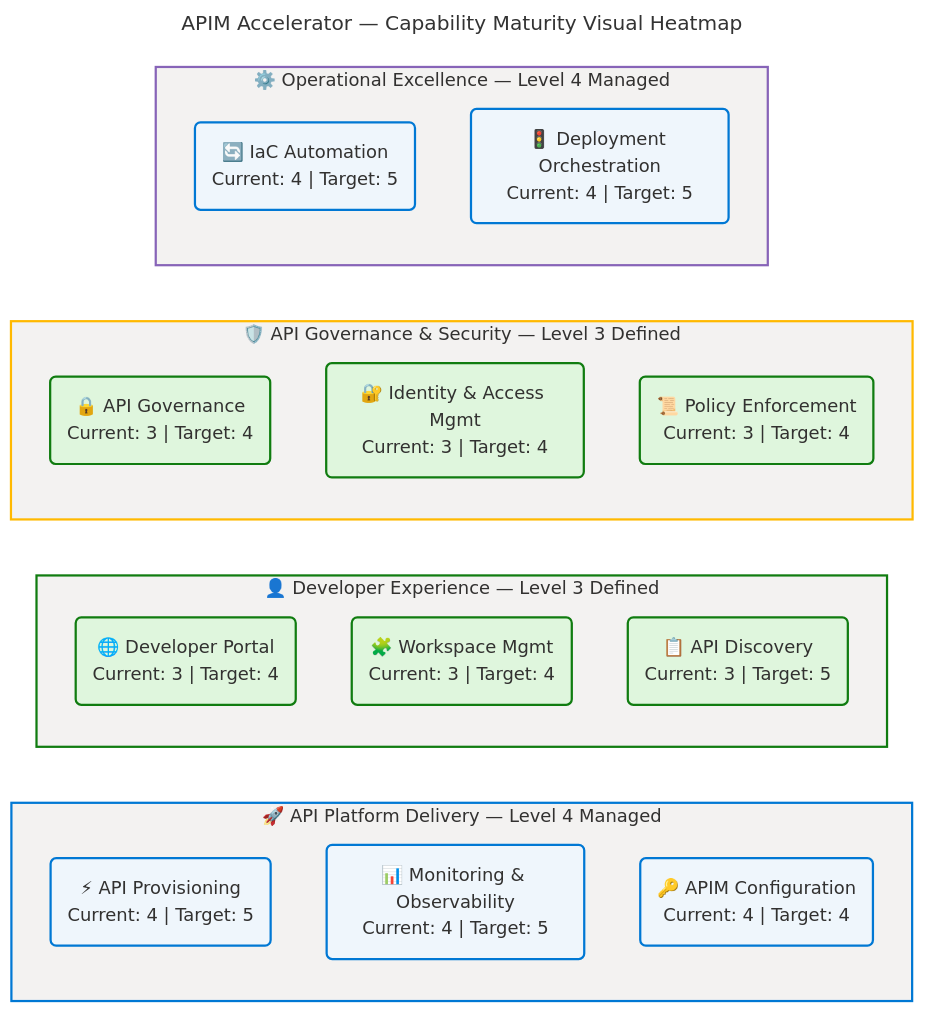
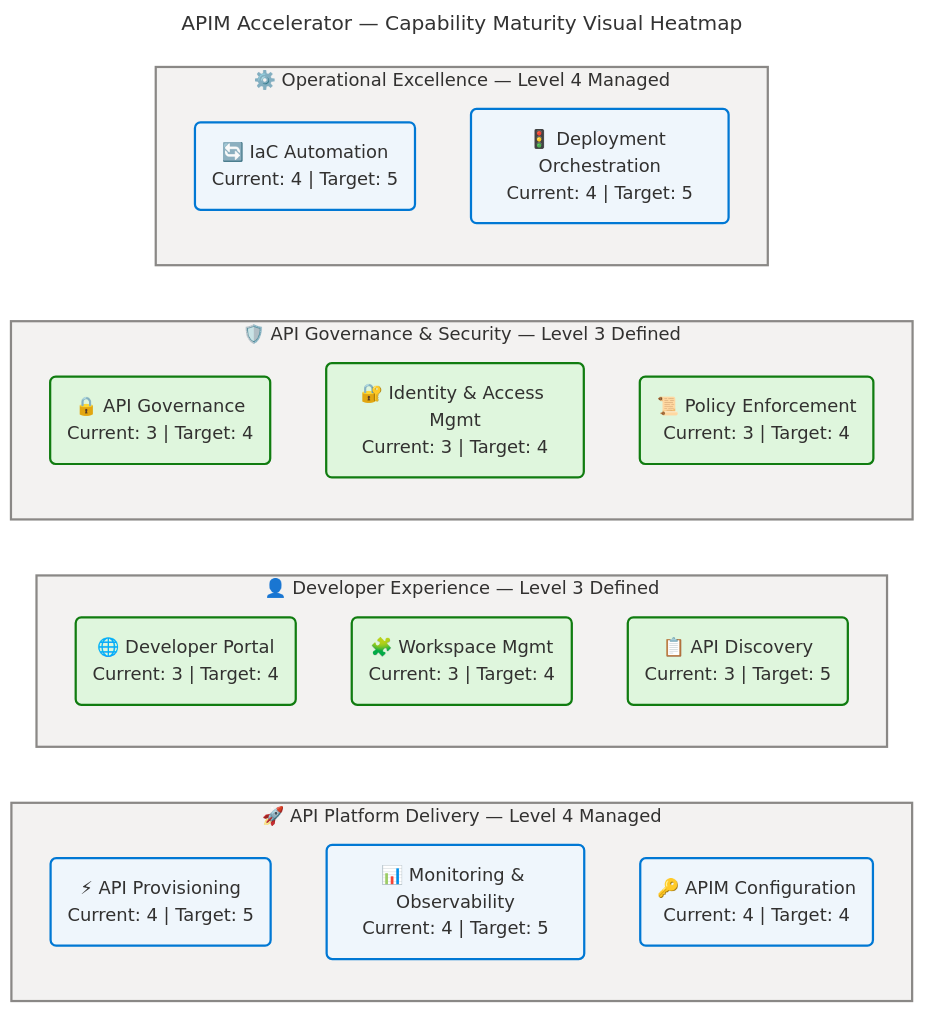
The fifth of 6 diagrams in docs/architecture/business-architecture.md (Evilazaro/APIM-Accelerator), drawn with Mermaid before and after one commit. The commit also changed other lines of this file and 3 other files, not shown here.

````diff
--- a/docs/architecture/business-architecture.md
+++ b/docs/architecture/business-architecture.md
@@ -733,61 +731,58 @@
 ```mermaid
 ---
 title: "APIM Accelerator — Capability Maturity Visual Heatmap"
 config:
   theme: base
   look: classic
   layout: dagre
   themeVariables:
     fontSize: '16px'
   flowchart:
     htmlLabels: true
 ---
 flowchart LR
     accTitle: APIM Accelerator Capability Maturity Visual Heatmap
     accDescr: Grouped flowchart showing current maturity level for eleven capabilities across four domains — API Platform Delivery and Operational Excellence at Level 4 Managed, Developer Experience and API Governance at Level 3 Defined
 
     %% ═══════════════════════════════════════════════════════════════════════════
     %% AZURE / FLUENT ARCHITECTURE PATTERN v1.1
     %% (Semantic + Structural + Font + Accessibility Governance)
     %% ═══════════════════════════════════════════════════════════════════════════
     %% PHASE 1 - FLUENT UI: All styling uses approved Fluent UI palette only
     %% PHASE 2 - GROUPS: Every subgraph has semantic color via style directive
     %% PHASE 3 - COMPONENTS: Every node has semantic classDef + icon prefix
     %% PHASE 4 - ACCESSIBILITY: accTitle/accDescr present, WCAG AA contrast
     %% PHASE 5 - STANDARD: Governance block present, classDefs centralized
     %% ═══════════════════════════════════════════════════════════════════════════
 
     subgraph apiPlatform["🚀 API Platform Delivery — Level 4 Managed"]
-        c1("⚡ API Provisioning<br>Current: 4 | Target: 5"):::managed
-        c2("📊 Monitoring & Observability<br>Current: 4 | Target: 5"):::managed
-        c3("🔑 APIM Configuration<br>Current: 4 | Target: 4"):::managed
+        c1("⚡ API Provisioning<br>Current: 4 | Target: 5"):::core
+        c2("📊 Monitoring & Observability<br>Current: 4 | Target: 5"):::core
+        c3("🔑 APIM Configuration<br>Current: 4 | Target: 4"):::core
     end
 
     subgraph devExp["👤 Developer Experience — Level 3 Defined"]
-        c4("🌐 Developer Portal<br>Current: 3 | Target: 4"):::defined
-        c5("🧩 Workspace Mgmt<br>Current: 3 | Target: 4"):::defined
-        c6("📋 API Discovery<br>Current: 3 | Target: 5"):::defined
+        c4("🌐 Developer Portal<br>Current: 3 | Target: 4"):::success
+        c5("🧩 Workspace Mgmt<br>Current: 3 | Target: 4"):::success
+        c6("📋 API Discovery<br>Current: 3 | Target: 5"):::success
     end
 
     subgraph governance["🛡️ API Governance & Security — Level 3 Defined"]
-        c7("🔒 API Governance<br>Current: 3 | Target: 4"):::defined
-        c8("🔐 Identity & Access Mgmt<br>Current: 3 | Target: 4"):::defined
-        c9("📜 Policy Enforcement<br>Current: 3 | Target: 4"):::defined
+        c7("🔒 API Governance<br>Current: 3 | Target: 4"):::success
+        c8("🔐 Identity & Access Mgmt<br>Current: 3 | Target: 4"):::success
+        c9("📜 Policy Enforcement<br>Current: 3 | Target: 4"):::success
     end
 
     subgraph opEx["⚙️ Operational Excellence — Level 4 Managed"]
-        c10("🔄 IaC Automation<br>Current: 4 | Target: 5"):::managed
-        c11("🚦 Deployment Orchestration<br>Current: 4 | Target: 5"):::managed
+        c10("🔄 IaC Automation<br>Current: 4 | Target: 5"):::core
+        c11("🚦 Deployment Orchestration<br>Current: 4 | Target: 5"):::core
     end
 
-    style apiPlatform fill:#F3F2F1,stroke:#0078D4,stroke-width:2px,color:#323130
-    style devExp fill:#F3F2F1,stroke:#107C10,stroke-width:2px,color:#323130
-    style governance fill:#F3F2F1,stroke:#FFB900,stroke-width:2px,color:#323130
-    style opEx fill:#F3F2F1,stroke:#8764B8,stroke-width:2px,color:#323130
+    style apiPlatform fill:#F3F2F1,stroke:#8A8886,stroke-width:2px,color:#323130
+    style devExp fill:#F3F2F1,stroke:#8A8886,stroke-width:2px,color:#323130
+    style governance fill:#F3F2F1,stroke:#8A8886,stroke-width:2px,color:#323130
+    style opEx fill:#F3F2F1,stroke:#8A8886,stroke-width:2px,color:#323130
 
-    classDef managed fill:#EFF6FC,stroke:#0078D4,stroke-width:2px,color:#323130
-    classDef defined fill:#DFF6DD,stroke:#107C10,stroke-width:2px,color:#323130
-    classDef initiating fill:#FFF4CE,stroke:#FFB900,stroke-width:2px,color:#323130
-    classDef optimising fill:#F0E6FA,stroke:#8764B8,stroke-width:2px,color:#323130
-    classDef gap fill:#FDE7E9,stroke:#D13438,stroke-width:2px,color:#323130
+    classDef core fill:#EFF6FC,stroke:#0078D4,stroke-width:2px,color:#323130
+    classDef success fill:#DFF6DD,stroke:#107C10,stroke-width:2px,color:#323130
 ```
````
